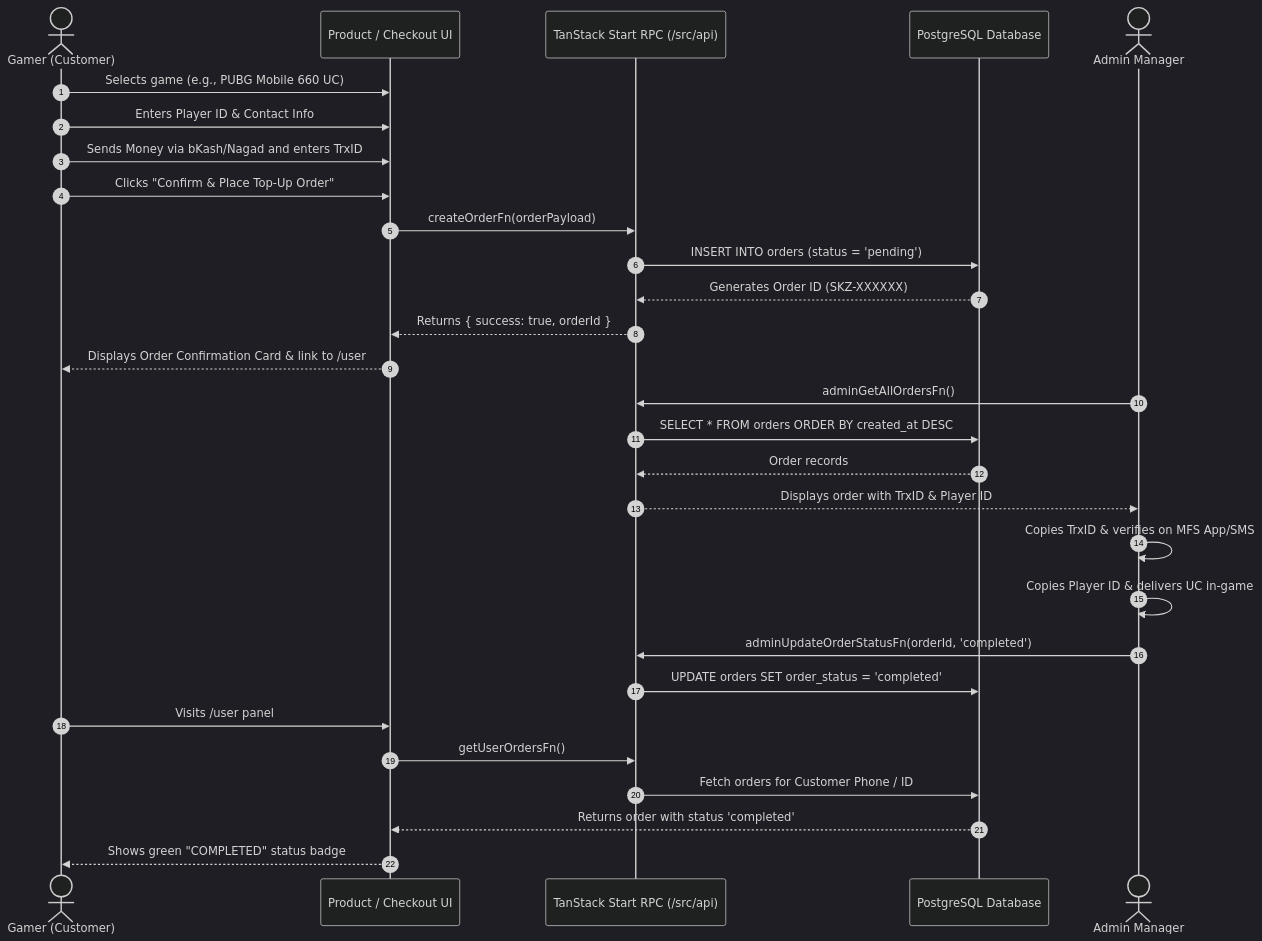
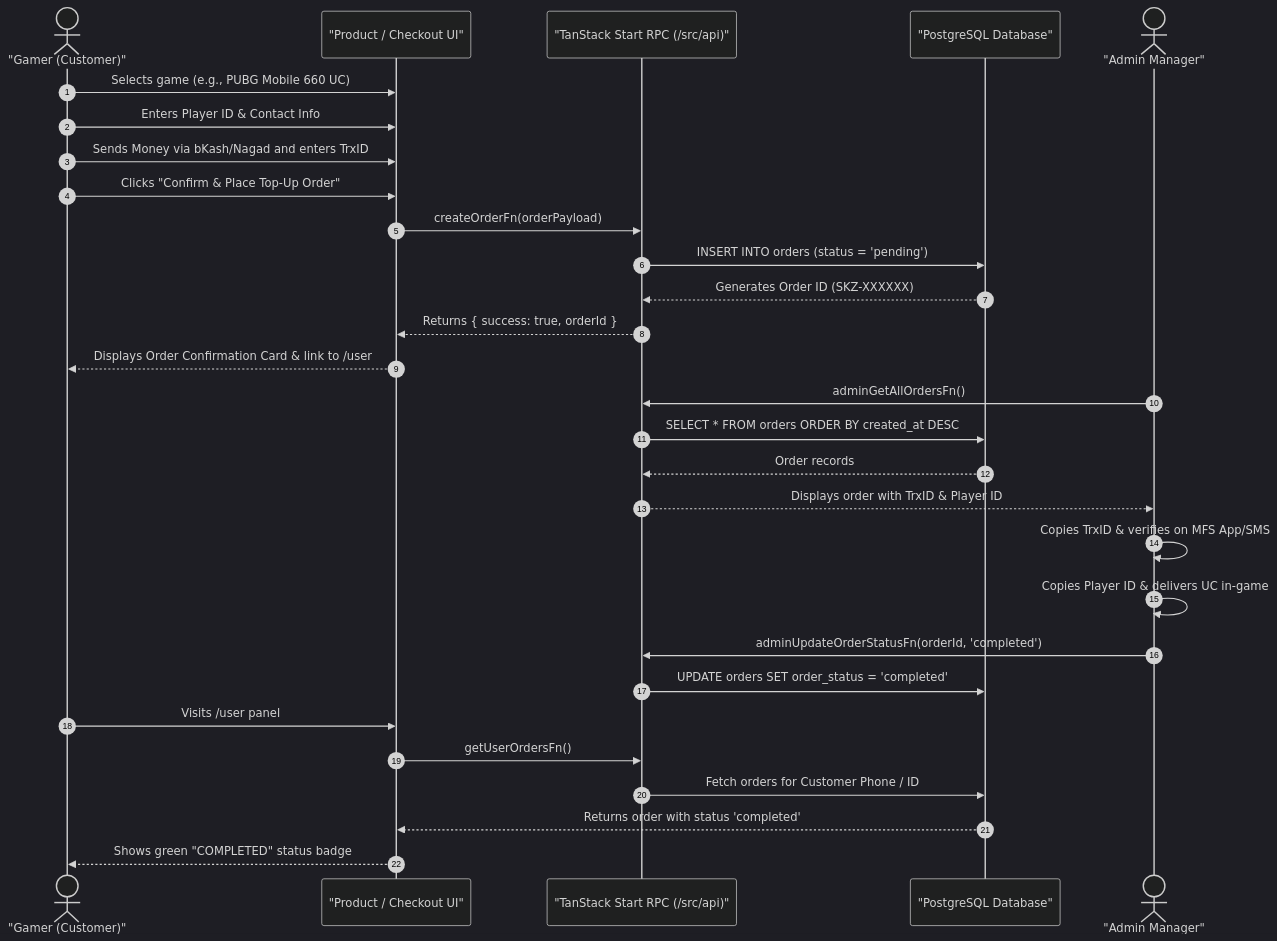
Before and after one commit to SayhamKayes/SKz-Loot-Lab: the second of 3 diagrams in README.md, drawn with Mermaid (dark theme). The commit also changed other lines of this file, not shown here.

Commit message:
fix(docs): quote special characters in mermaid architecture diagrams

````diff
--- a/README.md
+++ b/README.md
@@ -124,34 +124,34 @@
 ```mermaid
 sequenceDiagram
     autonumber
-    actor Customer as Gamer (Customer)
-    participant UI as Product / Checkout UI
-    participant Server as TanStack Start RPC (/src/api)
-    participant DB as PostgreSQL Database
-    actor Admin as Admin Manager
+    actor Customer as "Gamer (Customer)"
+    participant UI as "Product / Checkout UI"
+    participant Server as "TanStack Start RPC (/src/api)"
+    participant DB as "PostgreSQL Database"
+    actor Admin as "Admin Manager"
     
     Customer->>UI: Selects game (e.g., PUBG Mobile 660 UC)
     Customer->>UI: Enters Player ID & Contact Info
     Customer->>UI: Sends Money via bKash/Nagad and enters TrxID
     Customer->>UI: Clicks "Confirm & Place Top-Up Order"
     UI->>Server: createOrderFn(orderPayload)
     Server->>DB: INSERT INTO orders (status = 'pending')
     DB-->>Server: Generates Order ID (SKZ-XXXXXX)
     Server-->>UI: Returns { success: true, orderId }
     UI-->>Customer: Displays Order Confirmation Card & link to /user
 
     Admin->>Server: adminGetAllOrdersFn()
     Server->>DB: SELECT * FROM orders ORDER BY created_at DESC
     DB-->>Server: Order records
     Server-->>Admin: Displays order with TrxID & Player ID
     Admin->>Admin: Copies TrxID & verifies on MFS App/SMS
     Admin->>Admin: Copies Player ID & delivers UC in-game
     Admin->>Server: adminUpdateOrderStatusFn(orderId, 'completed')
     Server->>DB: UPDATE orders SET order_status = 'completed'
     
     Customer->>UI: Visits /user panel
     UI->>Server: getUserOrdersFn()
     Server->>DB: Fetch orders for Customer Phone / ID
     DB-->>UI: Returns order with status 'completed'
     UI-->>Customer: Shows green "COMPLETED" status badge
 ```
````
